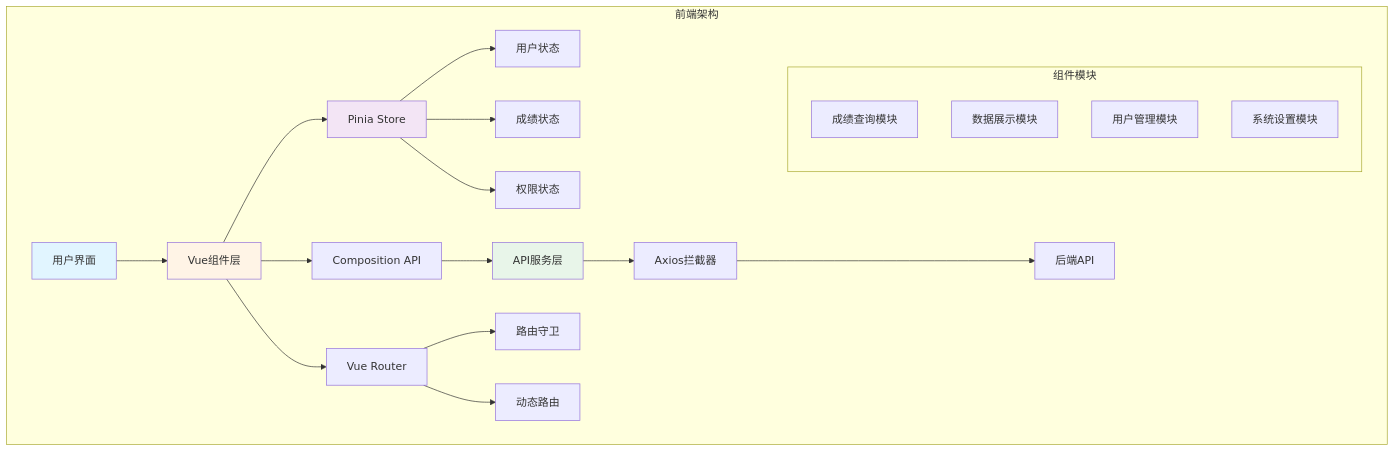
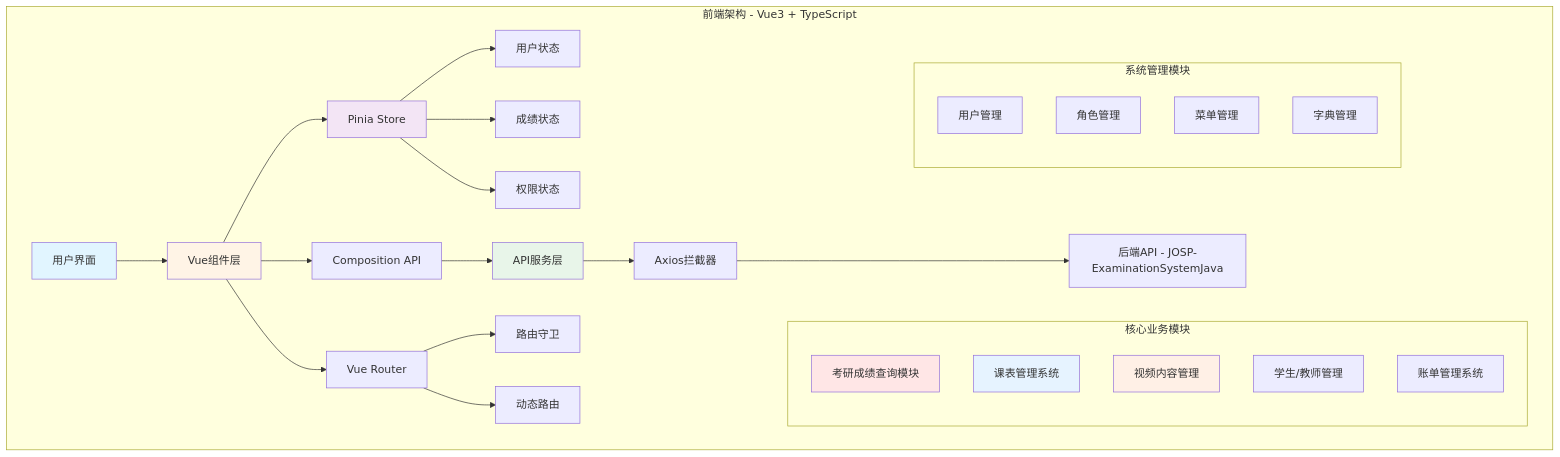
One commit to junwOpenSourceProjects/JOSP-ExaminationSystemVue3 changed the diagram in README.md. Above: the diagram before and after it, drawn with Mermaid. The commit also changed other lines of this file, not shown here.

````diff
--- a/README.md
+++ b/README.md
@@ -26,32 +39,43 @@
 ```mermaid
 graph TB
-    subgraph "前端架构"
+    subgraph "前端架构 - Vue3 + TypeScript"
         A[用户界面] --> B[Vue组件层]
         B --> C[Composition API]
         B --> D[Pinia Store]
         B --> E[Vue Router]
         
-        subgraph "组件模块"
-            B1[成绩查询模块]
-            B2[数据展示模块]
-            B3[用户管理模块]
-            B4[系统设置模块]
+        subgraph "核心业务模块"
+            B1[考研成绩查询模块]
+            B2[课表管理系统]
+            B3[视频内容管理]
+            B4[学生/教师管理]
+            B5[账单管理系统]
+        end
+        
+        subgraph "系统管理模块"
+            B6[用户管理]
+            B7[角色管理]
+            B8[菜单管理]
+            B9[字典管理]
         end
         
         D --> D1[用户状态]
         D --> D2[成绩状态]
         D --> D3[权限状态]
         
         C --> F[API服务层]
         F --> G[Axios拦截器]
-        G --> H[后端API]
+        G --> H[后端API - JOSP-ExaminationSystemJava]
         
         E --> E1[路由守卫]
         E --> E2[动态路由]
     end
     
     style A fill:#e1f5ff
     style B fill:#fff4e6
     style D fill:#f3e5f5
     style F fill:#e8f5e9
+    style B1 fill:#ffe6e6
+    style B2 fill:#e6f3ff
+    style B3 fill:#fff0e6
 ```
````
